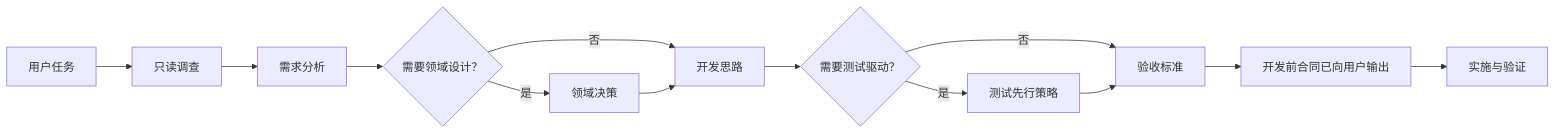
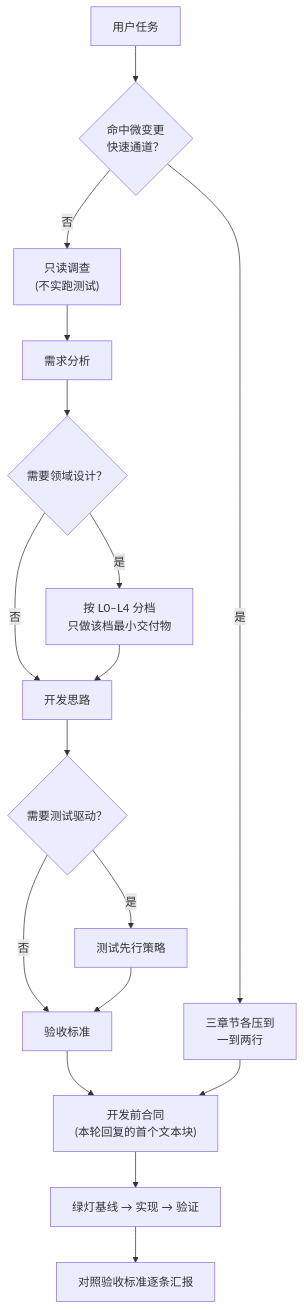
One commit to stackJx/navigate-software-development changed the diagram in README.md. Above: the diagram before and after it, drawn with Mermaid. The commit also changed other lines of this file and 9 other files, not shown here.

````diff
--- a/README.md
+++ b/README.md
@@ -17,15 +17,19 @@
 ```mermaid
-flowchart LR
-    A["用户任务"] --> X["只读调查"]
+flowchart TD
+    A["用户任务"] --> Q{"命中微变更<br/>快速通道？"}
+    Q -- "是" --> S["三章节各压到<br/>一到两行"]
+    Q -- "否" --> X["只读调查<br/>(不实跑测试)"]
     X --> R["需求分析"]
     R --> D{"需要领域设计？"}
-    D -- "是" --> DD["领域决策"]
+    D -- "是" --> DD["按 L0–L4 分档<br/>只做该档最小交付物"]
     D -- "否" --> P["开发思路"]
     DD --> P
     P --> T{"需要测试驱动？"}
     T -- "是" --> TS["测试先行策略"]
     T -- "否" --> A1["验收标准"]
     TS --> A1
-    A1 --> G["开发前合同已向用户输出"]
-    G --> O["实施与验证"]
+    A1 --> G["开发前合同<br/>(本轮回复的首个文本块)"]
+    S --> G
+    G --> B["绿灯基线 → 实现 → 验证"]
+    B --> O["对照验收标准逐条汇报"]
 ```
````
